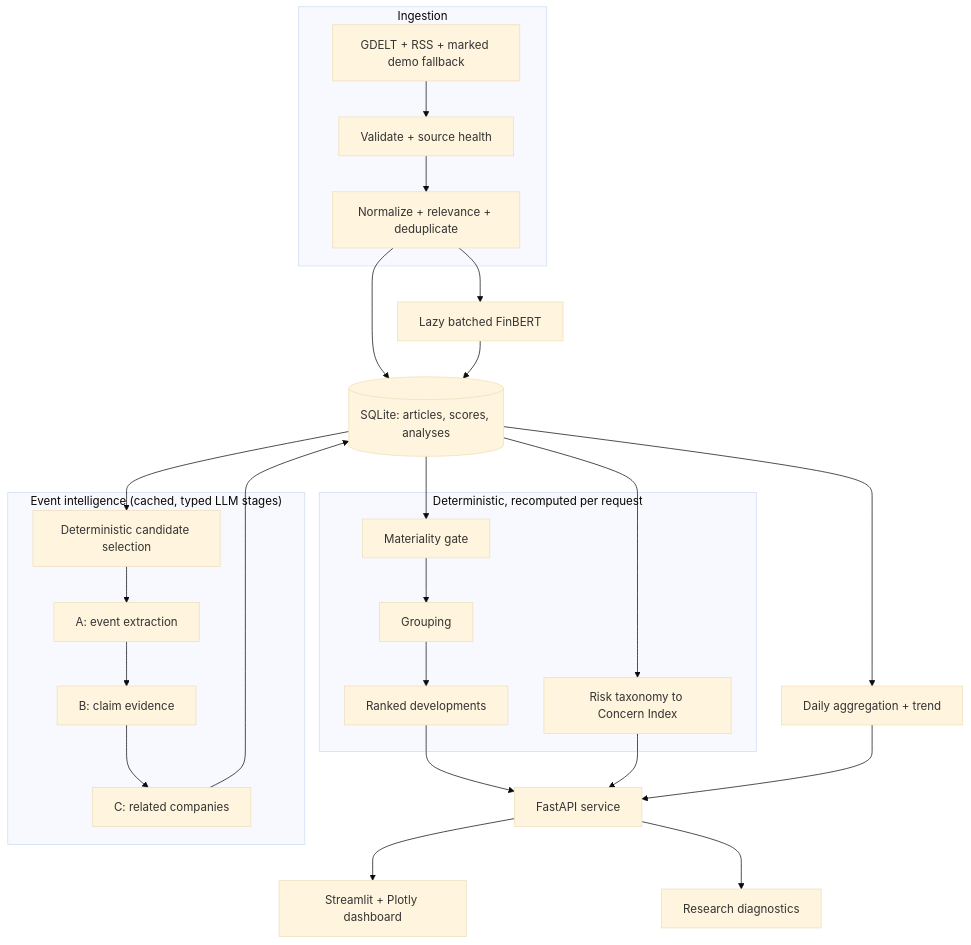
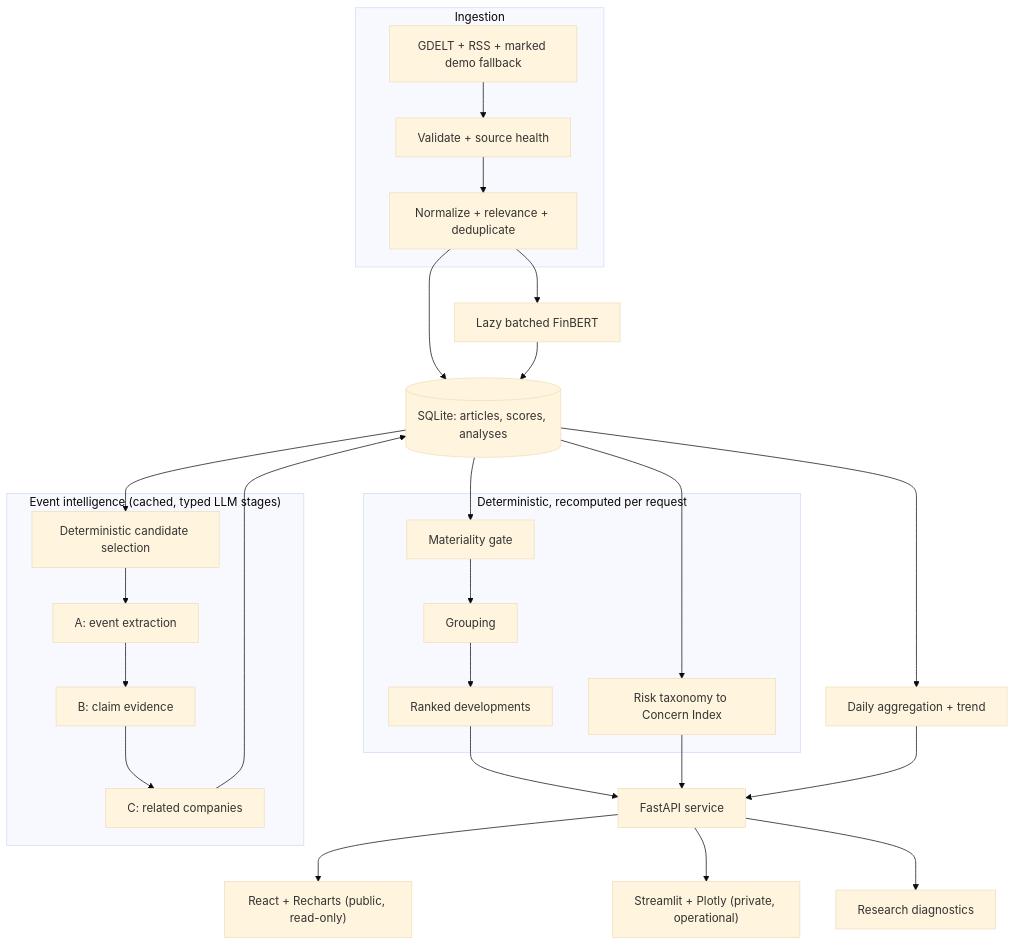
Before and after one commit to AlfredHong2006/MarketSentinel: the diagram in README.md, drawn with Mermaid (base theme). The commit also changed other lines of this file and 73 other files, not shown here.

````diff
--- a/README.md
+++ b/README.md
@@ -170,33 +201,34 @@
 ```mermaid
 flowchart TB
     subgraph Ingest["Ingestion"]
         GDELT["GDELT + RSS + marked demo fallback"] --> V["Validate + source health"]
         V --> N["Normalize + relevance + deduplicate"]
     end
 
     N --> DB[("SQLite: articles, scores, analyses")]
     N --> F["Lazy batched FinBERT"] --> DB
 
     subgraph Intel["Event intelligence (cached, typed LLM stages)"]
         SEL["Deterministic candidate selection"] --> A["A: event extraction"]
         A --> B["B: claim evidence"] --> C["C: related companies"]
     end
 
     DB --> SEL
     C --> DB
 
     subgraph Derive["Deterministic, recomputed per request"]
         MAT["Materiality gate"] --> GRP["Grouping"] --> KD["Ranked developments"]
         RSK["Risk taxonomy to Concern Index"]
     end
 
     DB --> MAT
     DB --> RSK
     DB --> AGG["Daily aggregation + trend"]
 
     KD --> API["FastAPI service"]
     RSK --> API
     AGG --> API
-    API --> UI["Streamlit + Plotly dashboard"]
+    API --> WEB["React + Recharts (public, read-only)"]
+    API --> UI["Streamlit + Plotly (private, operational)"]
     API --> DIAG["Research diagnostics"]
 ```
````
